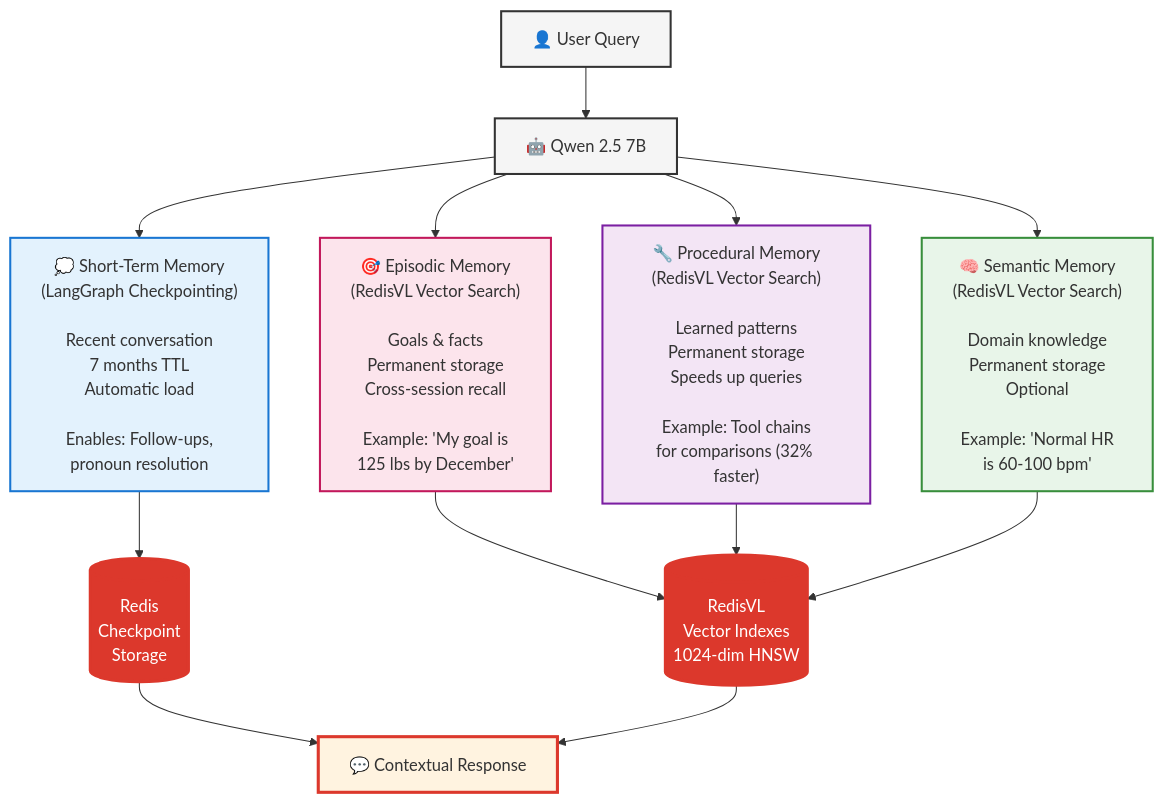
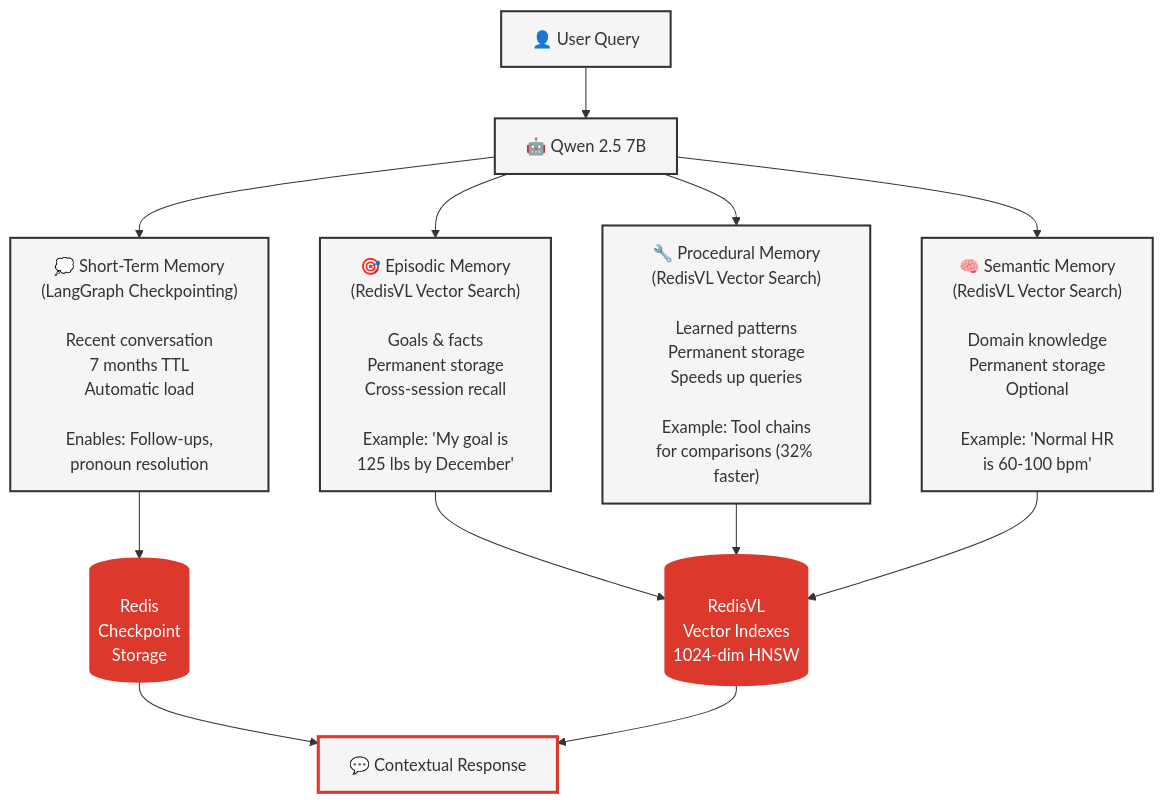
One commit to AllieRays/redis-wellness changed the diagram in docs/10_MEMORY_ARCHITECTURE.md. Above: the diagram before and after it, drawn with Mermaid.

Commit message:
updating mermaid graphs.

````diff
--- a/docs/10_MEMORY_ARCHITECTURE.md
+++ b/docs/10_MEMORY_ARCHITECTURE.md
@@ -21,27 +21,27 @@
 ```mermaid
 flowchart TD
     User[👤 User Query] --> Agent[🤖 Qwen 2.5 7B]
 
     Agent --> STM["💭 Short-Term Memory<br/>(LangGraph Checkpointing)<br/><br/>Recent conversation<br/>7 months TTL<br/>Automatic load<br/><br/>Enables: Follow-ups,<br/>pronoun resolution"]
     Agent --> EM["🎯 Episodic Memory<br/>(RedisVL Vector Search)<br/><br/>Goals & facts<br/>Permanent storage<br/>Cross-session recall<br/><br/>Example: 'My goal is<br/>125 lbs by December'"]
     Agent --> PM["🔧 Procedural Memory<br/>(RedisVL Vector Search)<br/><br/>Learned patterns<br/>Permanent storage<br/>Speeds up queries<br/><br/>Example: Tool chains<br/>for comparisons (32% faster)"]
     Agent --> SM["🧠 Semantic Memory<br/>(RedisVL Vector Search)<br/><br/>Domain knowledge<br/>Permanent storage<br/>Optional<br/><br/>Example: 'Normal HR<br/>is 60-100 bpm'"]
 
     STM --> Redis[(Redis<br/>Checkpoint<br/>Storage)]
     EM --> RedisVL[(RedisVL<br/>Vector Indexes<br/>1024-dim HNSW)]
     PM --> RedisVL
     SM --> RedisVL
 
     Redis --> Response[💬 Contextual Response]
     RedisVL --> Response
 
     style User fill:#f5f5f5,stroke:#333,stroke-width:2px
     style Agent fill:#f5f5f5,stroke:#333,stroke-width:2px
-    style STM fill:#e3f2fd,stroke:#1976d2,stroke-width:2px
-    style EM fill:#fce4ec,stroke:#c2185b,stroke-width:2px
-    style PM fill:#f3e5f5,stroke:#7b1fa2,stroke-width:2px
-    style SM fill:#e8f5e9,stroke:#388e3c,stroke-width:2px
-    style Redis fill:#DC382C,stroke:#DC382C,stroke-width:3px,color:#fff
-    style RedisVL fill:#DC382C,stroke:#DC382C,stroke-width:3px,color:#fff
-    style Response fill:#fff3e0,stroke:#DC382C,stroke-width:3px
+    style STM fill:#f5f5f5,stroke:#333,stroke-width:2px
+    style EM fill:#f5f5f5,stroke:#333,stroke-width:2px
+    style PM fill:#f5f5f5,stroke:#333,stroke-width:2px
+    style SM fill:#f5f5f5,stroke:#333,stroke-width:2px
+    style Redis fill:#DC382C,stroke:#DC382C,stroke-width:2px,color:#fff
+    style RedisVL fill:#DC382C,stroke:#DC382C,stroke-width:2px,color:#fff
+    style Response fill:#f5f5f5,stroke:#DC382C,stroke-width:3px
 ```
````
